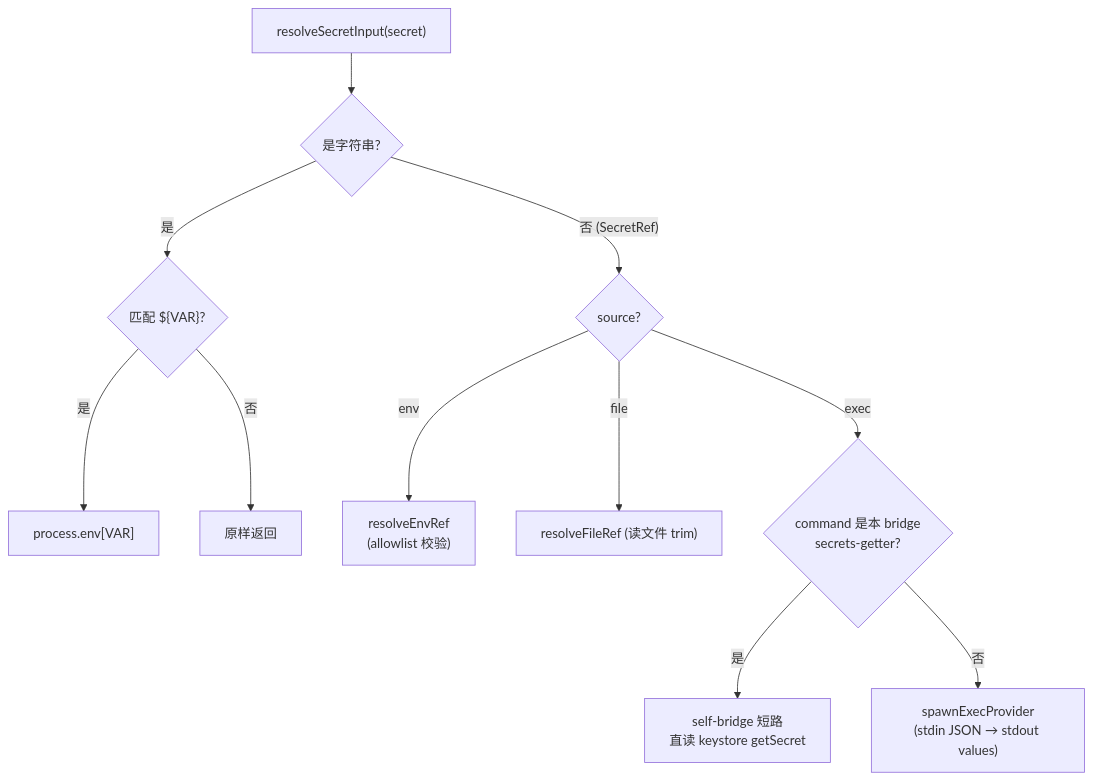
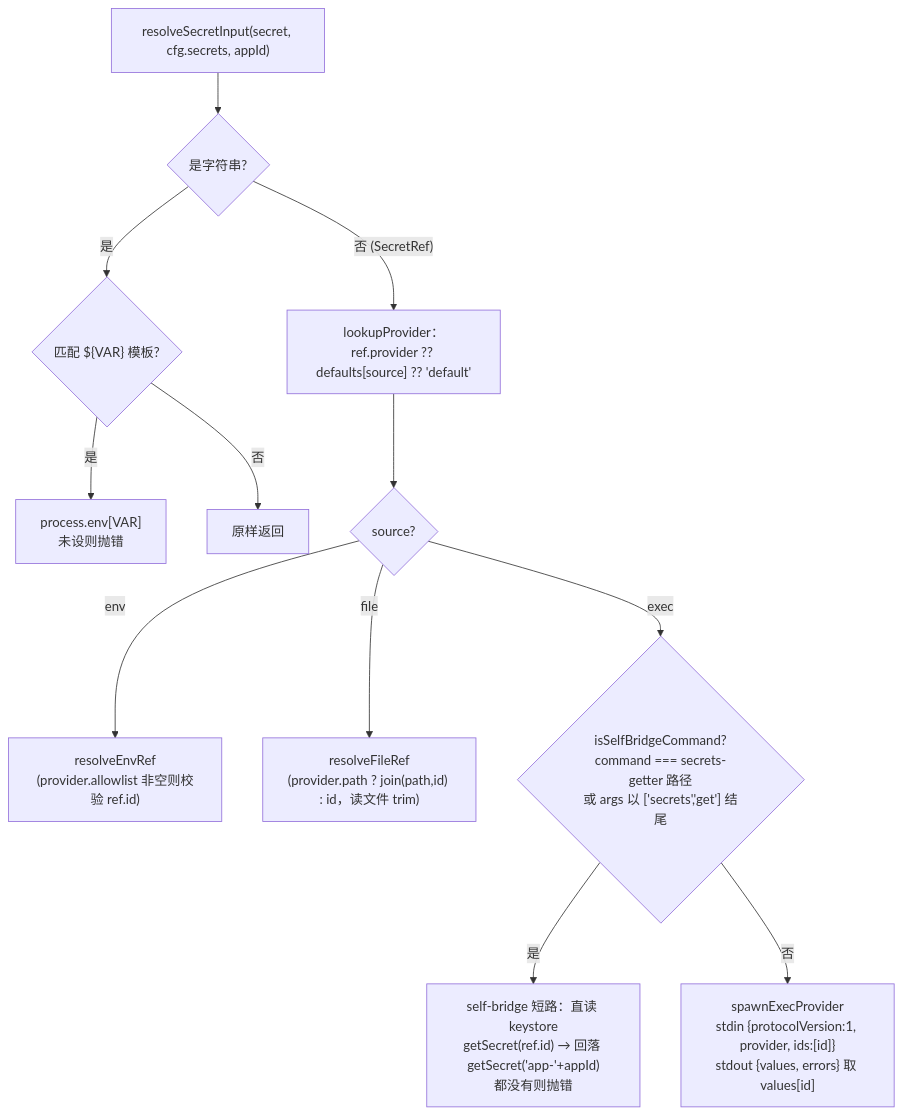
One commit to sorphwer/feishu-omp-bridge changed the second of 3 diagrams in how-it-works/08-config-and-secrets.md. Above: the diagram before and after it, drawn with Mermaid. The commit also changed other lines of this file and 12 other files, not shown here.

````diff
--- a/how-it-works/08-config-and-secrets.md
+++ b/how-it-works/08-config-and-secrets.md
@@ -85,13 +118,14 @@
 ```mermaid
 flowchart TD
-  IN["resolveSecretInput(secret)"] --> STR{"是字符串?"}
-  STR -->|是| TPL{"匹配 ${VAR}?"}
-  TPL -->|是| ENV1["process.env[VAR]"]
+  IN["resolveSecretInput(secret, cfg.secrets, appId)"] --> STR{"是字符串?"}
+  STR -->|是| TPL{"匹配 ${VAR} 模板?"}
+  TPL -->|是| ENV1["process.env[VAR]<br/>未设则抛错"]
   TPL -->|否| PLAIN["原样返回"]
-  STR -->|"否 (SecretRef)"| SRC{"source?"}
-  SRC -->|env| E["resolveEnvRef<br/>(allowlist 校验)"]
-  SRC -->|file| F["resolveFileRef (读文件 trim)"]
-  SRC -->|exec| X{"command 是本 bridge<br/>secrets-getter?"}
-  X -->|是| SELF["self-bridge 短路<br/>直读 keystore getSecret"]
-  X -->|否| SPAWN["spawnExecProvider<br/>(stdin JSON → stdout values)"]
+  STR -->|"否 (SecretRef)"| LOOK["lookupProvider：<br/>ref.provider ?? defaults[source] ?? 'default'"]
+  LOOK --> SRC{"source?"}
+  SRC -->|env| E["resolveEnvRef<br/>(provider.allowlist 非空则校验 ref.id)"]
+  SRC -->|file| F["resolveFileRef<br/>(provider.path ? join(path,id) : id，读文件 trim)"]
+  SRC -->|exec| X{"isSelfBridgeCommand?<br/>command === secrets-getter 路径<br/>或 args 以 ['secrets','get'] 结尾"}
+  X -->|是| SELF["self-bridge 短路：直读 keystore<br/>getSecret(ref.id) → 回落 getSecret('app-'+appId)<br/>都没有则抛错"]
+  X -->|否| SPAWN["spawnExecProvider<br/>stdin {protocolVersion:1, provider, ids:[id]}<br/>stdout {values, errors} 取 values[id]"]
 ```
````
